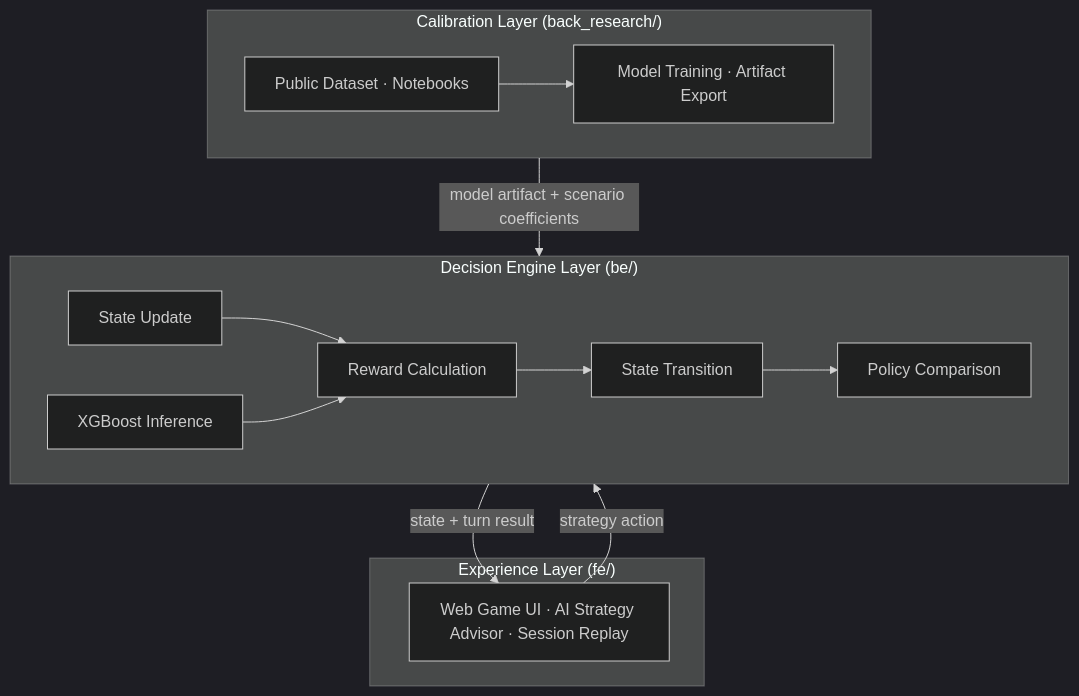
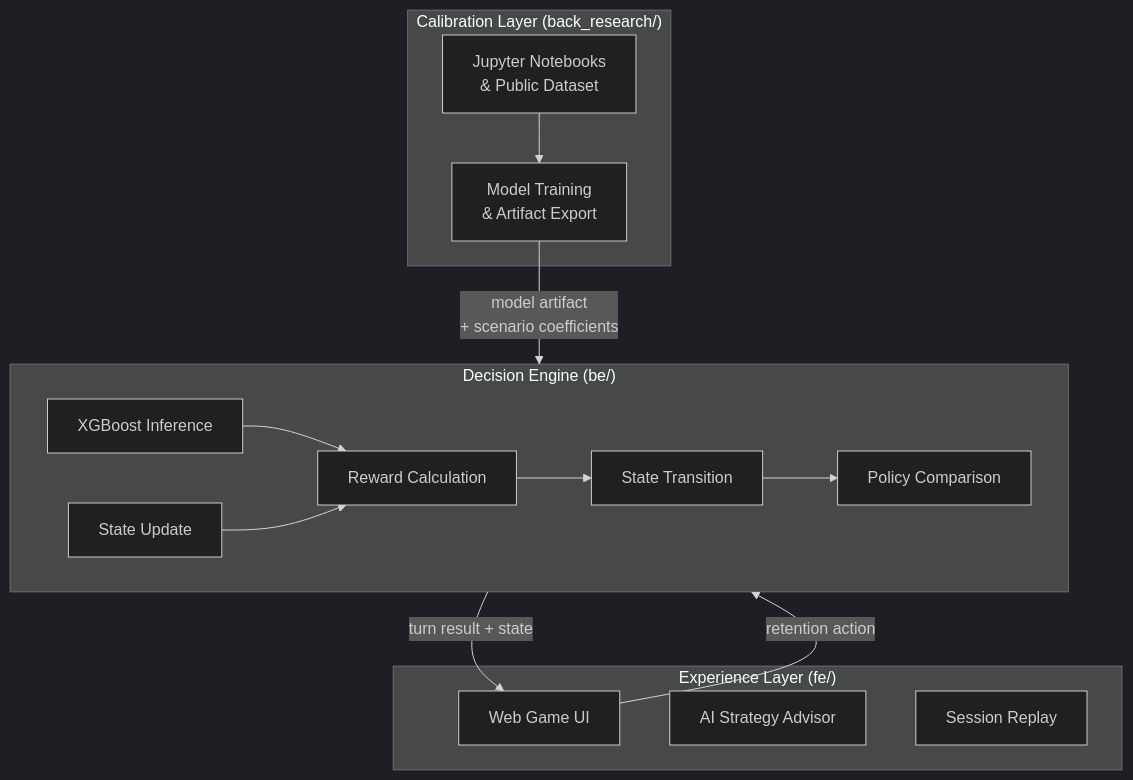
Before and after one commit to vosnuev/ceo-business-simulator: the second of 2 diagrams in README.md, drawn with Mermaid (dark theme). The commit also changed other lines of this file, not shown here.

````diff
--- a/README.md
+++ b/README.md
@@ -147,19 +154,27 @@
 ```mermaid
-flowchart TD
-    subgraph EXP["Experience Layer (fe/)"]
-        UI[Web Game UI · AI Strategy Advisor · Session Replay]
-    end
-    subgraph ENG["Decision Engine Layer (be/)"]
-        ST[State Update] --> RW[Reward Calculation]
-        RW --> TR[State Transition]
-        TR --> PC[Policy Comparison]
-        INF[XGBoost Inference] --> RW
-    end
-    subgraph CAL["Calibration Layer (back_research/)"]
-        DATA[Public Dataset · Notebooks] --> PARAM[Model Training · Artifact Export]
+graph TD
+    subgraph FE["Experience Layer (fe/)"]
+        UI["Web Game UI"]
+        ADV["AI Strategy Advisor"]
+        REP["Session Replay"]
     end
 
-    UI -->|strategy action| ENG
-    ENG -->|state + turn result| UI
-    CAL -->|model artifact + scenario coefficients| ENG
+    subgraph BE["Decision Engine (be/)"]
+        ST["State Update"]
+        RW["Reward Calculation"]
+        TR["State Transition"]
+        PC["Policy Comparison"]
+        INF["XGBoost Inference"]
+    end
+
+    subgraph RES["Calibration Layer (back_research/)"]
+        NB["Jupyter Notebooks\n& Public Dataset"]
+        ART["Model Training\n& Artifact Export"]
+    end
+
+    UI -->|"retention action"| BE
+    BE -->|"turn result + state"| UI
+    INF --> RW
+    ST --> RW --> TR --> PC
+    NB --> ART -->|"model artifact\n+ scenario coefficients"| BE
 ```
````
